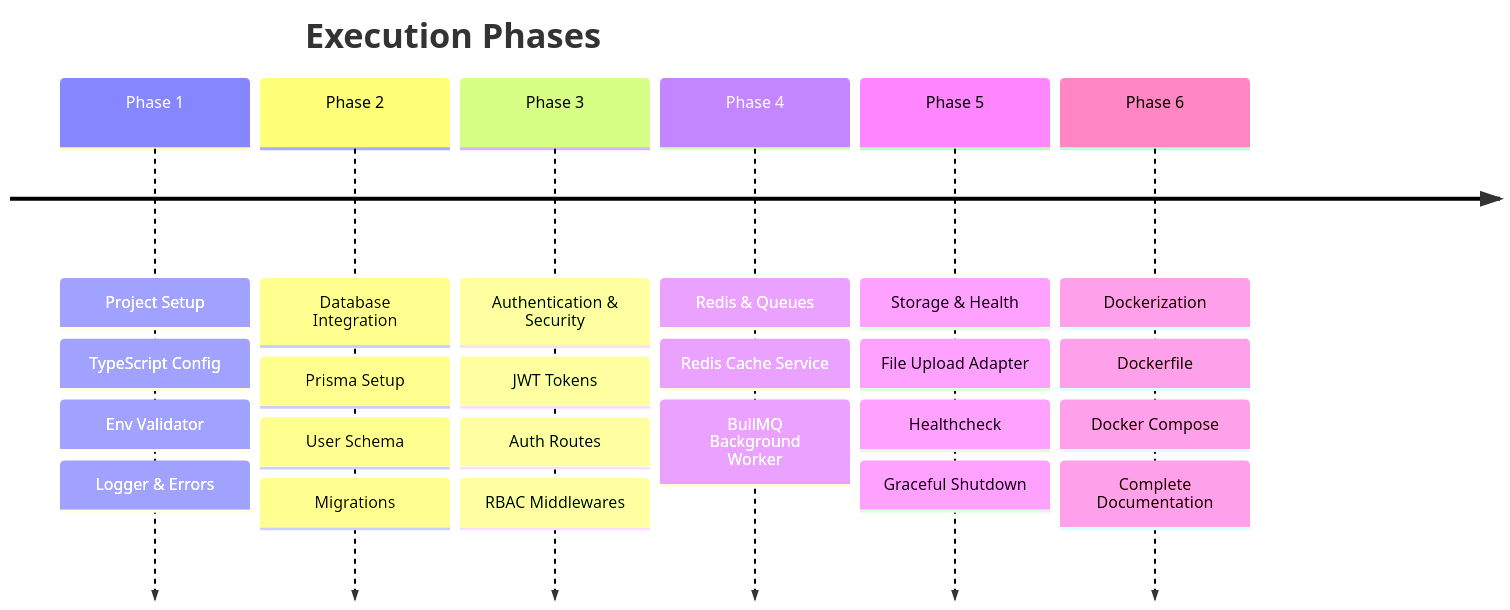
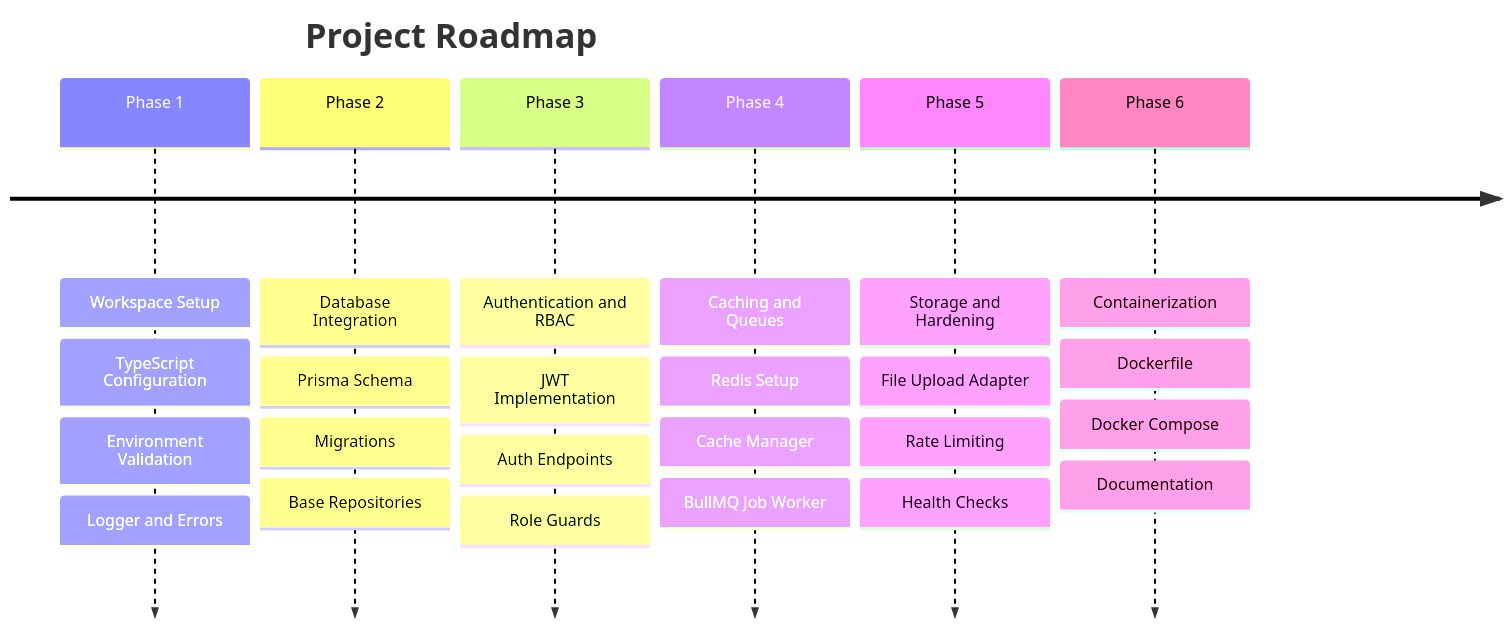
Before and after one commit to Manjeet-Yadav-777/Node-JS-Backend-Kit: the second of 2 diagrams in PRD.md, drawn with Mermaid. The commit also changed other lines of this file and 1 other file, not shown here.

````diff
--- a/PRD.md
+++ b/PRD.md
@@ -142,10 +128,10 @@
 ```mermaid
 timeline
-    title Execution Phases
-    Phase 1 : Project Setup : TypeScript Config : Env Validator : Logger & Errors
-    Phase 2 : Database Integration : Prisma Setup : User Schema : Migrations
-    Phase 3 : Authentication & Security : JWT Tokens : Auth Routes : RBAC Middlewares
-    Phase 4 : Redis & Queues : Redis Cache Service : BullMQ Background Worker
-    Phase 5 : Storage & Health : File Upload Adapter : Healthcheck : Graceful Shutdown
-    Phase 6 : Dockerization : Dockerfile : Docker Compose : Complete Documentation
+    title Project Roadmap
+    Phase 1 : Workspace Setup : TypeScript Configuration : Environment Validation : Logger and Errors
+    Phase 2 : Database Integration : Prisma Schema : Migrations : Base Repositories
+    Phase 3 : Authentication and RBAC : JWT Implementation : Auth Endpoints : Role Guards
+    Phase 4 : Caching and Queues : Redis Setup : Cache Manager : BullMQ Job Worker
+    Phase 5 : Storage and Hardening : File Upload Adapter : Rate Limiting : Health Checks
+    Phase 6 : Containerization : Dockerfile : Docker Compose : Documentation
 ```
````
